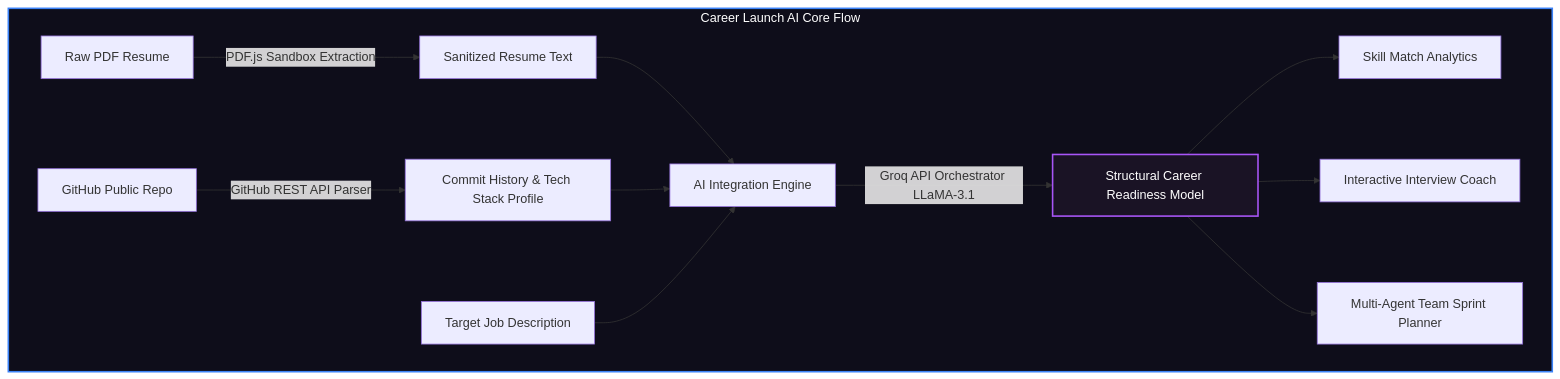
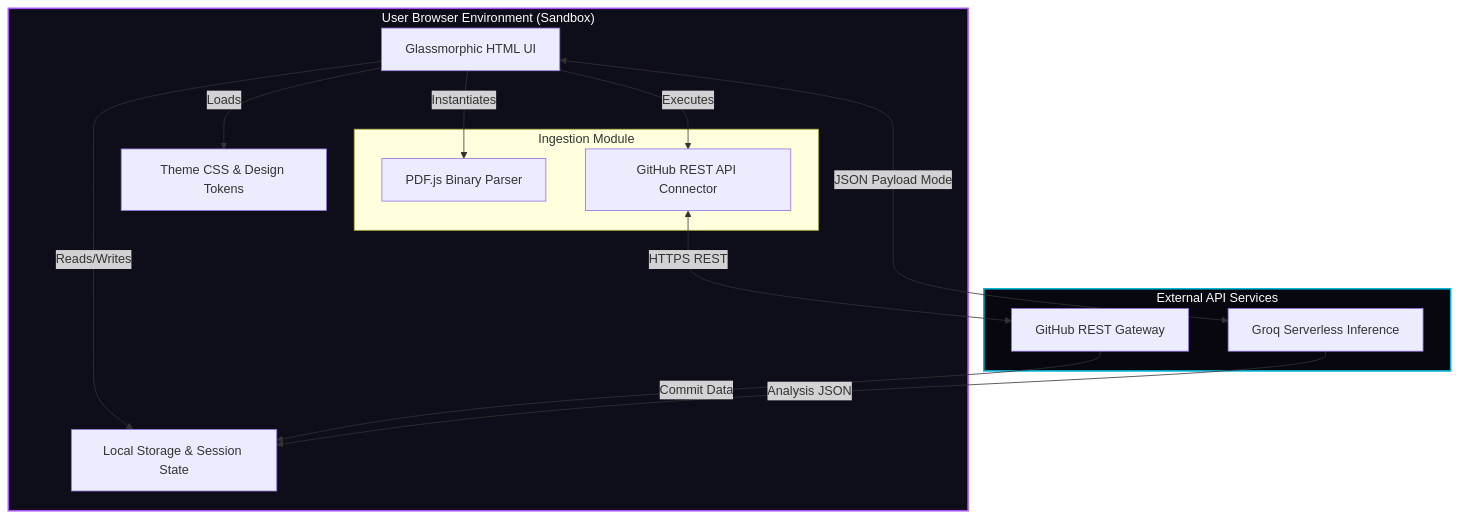
The second of 11 diagrams in README.md (ChiragSharma-DEV/CareerLaunch-AI), drawn with Mermaid before and after one commit. The commit also changed other lines of this file and 1 other file, not shown here.

Commit message:
docs: upgrade README to ultra-premium design with expanded system architecture diagrams

````diff
--- a/README.md
+++ b/README.md
@@ -99,20 +118,32 @@
 ```mermaid
-graph TB
-    subgraph Solution ["Career Launch AI Core Flow"]
-        H[Raw PDF Resume] -->|PDF.js Sandbox Extraction| I[Sanitized Resume Text]
-        J[GitHub Public Repo] -->|GitHub REST API Parser| K[Commit History & Tech Stack Profile]
+graph TD
+    subgraph Browser ["User Browser Environment (Sandbox)"]
+        UI[Glassmorphic HTML UI]
+        Theme[Theme CSS & Design Tokens]
+        State[Local Storage & Session State]
         
-        I --> L[AI Integration Engine]
-        K --> L
-        M[Target Job Description] --> L
-        
-        L -->|Groq API Orchestrator LLaMA-3.1| N[Structural Career Readiness Model]
-        
-        N --> O[Skill Match Analytics]
-        N --> P[Interactive Interview Coach]
-        N --> Q[Multi-Agent Team Sprint Planner]
+        subgraph Ingestion ["Ingestion Module"]
+            PDFJS[PDF.js Binary Parser]
+            GitConnector[GitHub REST API Connector]
+        end
     end
     
-    style Solution fill:#0e0d1a,stroke:#3b82f6,stroke-width:2px,color:#fff
-    style N fill:#1a1325,stroke:#a855f7,stroke-width:2px,color:#fff
+    subgraph Gateways ["External API Services"]
+        GitHubAPI[GitHub REST Gateway]
+        GroqAPI[Groq Serverless Inference]
+    end
+
+    UI -->|Loads| Theme
+    UI -->|Reads/Writes| State
+    UI -->|Instantiates| PDFJS
+    UI -->|Executes| GitConnector
+    
+    GitConnector <-->|HTTPS REST| GitHubAPI
+    UI <-->|JSON Payload Mode| GroqAPI
+    
+    GitHubAPI -->|Commit Data| State
+    GroqAPI -->|Analysis JSON| State
+
+    style Browser fill:#0e0d1a,stroke:#a855f7,stroke-width:2px,color:#fff
+    style Gateways fill:#08070f,stroke:#06b6d4,stroke-width:2px,color:#fff
 ```
````
